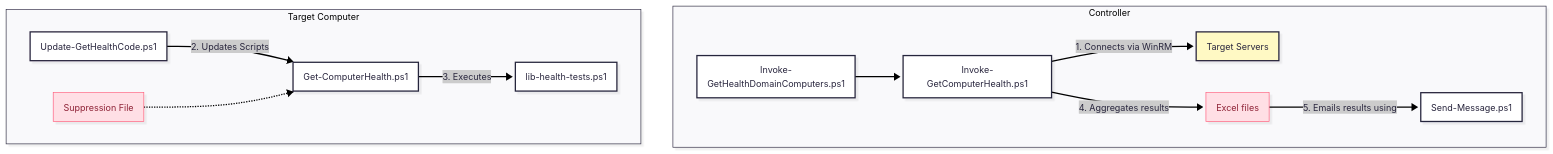
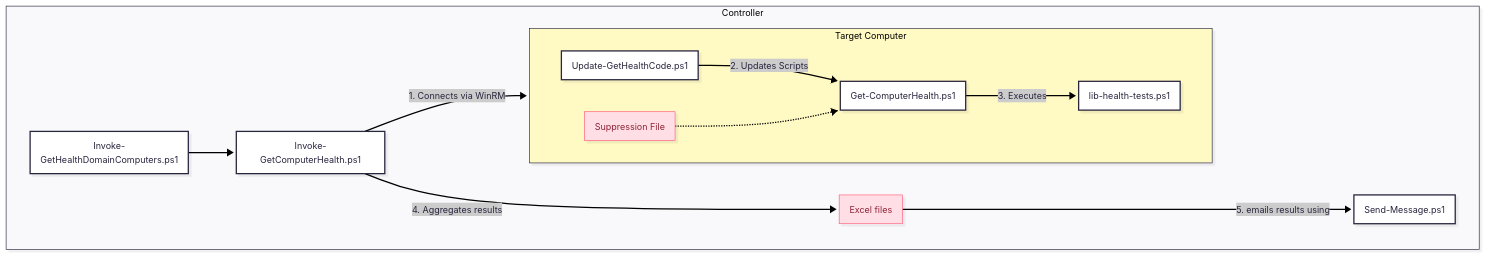
One commit to ndemou/GetComputerHealth changed the diagram in README.md. Above: the diagram before and after it, drawn with Mermaid.

````diff
--- a/README.md
+++ b/README.md
@@ -22,34 +22,33 @@
 ```mermaid
 ---
 config:
   look: neo
   theme: redux
 ---
 flowchart TB
  subgraph Controller["Controller"]
         Orchestrator["Invoke-GetComputerHealth.ps1"]
         Entry["Invoke-GetHealthDomainComputers.ps1"]
-        Target_Ref["Target Servers"]
+        Target["Target Servers"]
         Report["Excel files"]
         Mailer["Send-Message.ps1"]
   end
  subgraph Target["Target Computer"]
         LocalRunner["Get-ComputerHealth.ps1"]
         Updater["Update-GetHealthCode.ps1"]
         Tests["lib-health-tests.ps1"]
         Config["Suppression File"]
   end
     Entry --> Orchestrator
-    Orchestrator -- "1. Connects via WinRM" --> Target_Ref
+    Orchestrator -- "1. Connects via WinRM" --> Target
     Orchestrator -- "4. Aggregates results" --> Report
-    Report -- "5. Emails results using" --> Mailer
+    Report -- "5. emails results using" --> Mailer
     Updater -- "2. Updates Scripts" --> LocalRunner
     LocalRunner -- "3. Executes" --> Tests
     Config -.-> LocalRunner
 
      Report:::Rose
      Config:::Rose
     classDef Rose stroke-width:1px, stroke-dasharray:none, stroke:#FF5978, fill:#FFDFE5, color:#8E2236
-    style Target_Ref fill:#FFF9C4
-
+    style Target fill:#FFF9C4
 ```
````
